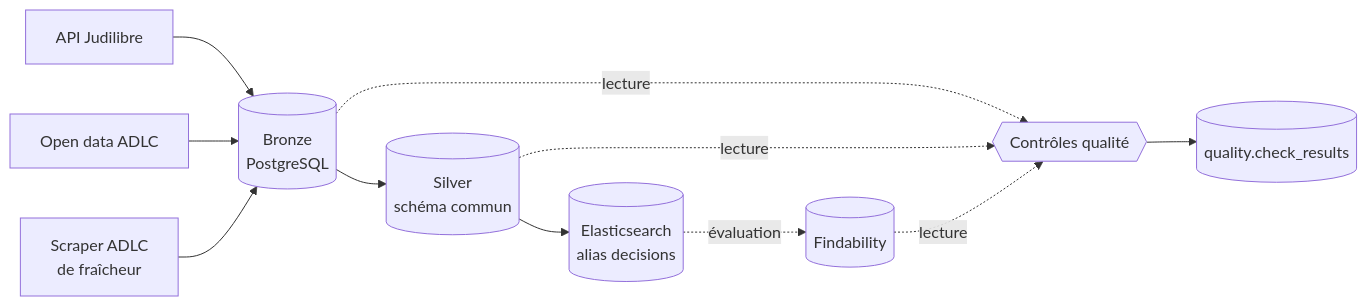
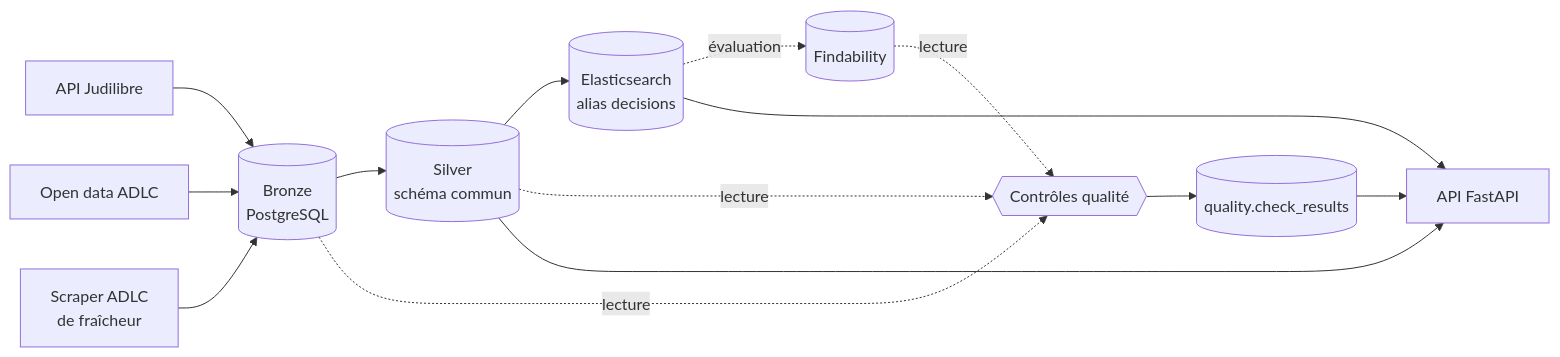
The diagram in README.md (Maeva-RODRIGUES/legal-data-pipeline), drawn with Mermaid before and after one commit. The commit also changed other lines of this file, not shown here.

````diff
--- a/README.md
+++ b/README.md
@@ -19,13 +20,16 @@
 ```mermaid
 flowchart LR
     J[API Judilibre] --> B[(Bronze<br/>PostgreSQL)]
     O[Open data ADLC] --> B
     W[Scraper ADLC<br/>de fraîcheur] --> B
     B --> S[(Silver<br/>schéma commun)]
     S --> E[(Elasticsearch<br/>alias decisions)]
     E -. évaluation .-> F[(Findability)]
     B -. lecture .-> Q{{Contrôles qualité}}
     S -. lecture .-> Q
     F -. lecture .-> Q
     Q --> R[(quality.check_results)]
+    E --> A[API FastAPI]
+    S --> A
+    R --> A
 ```
````
